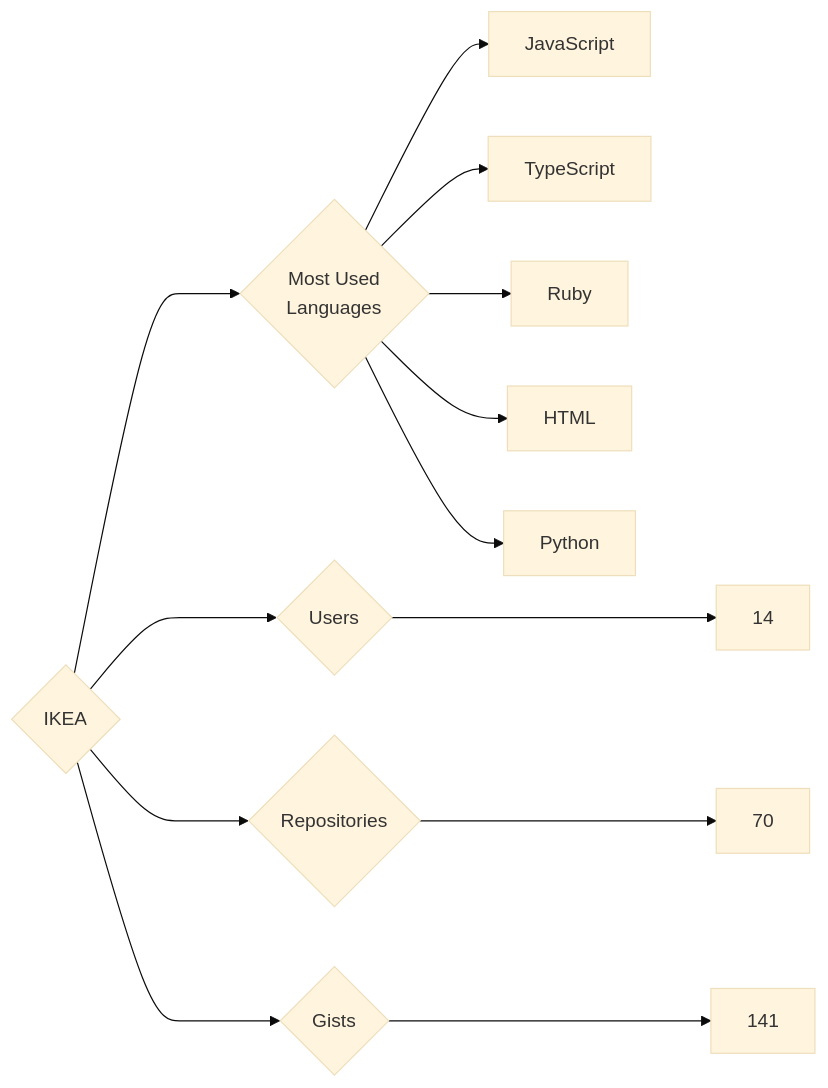
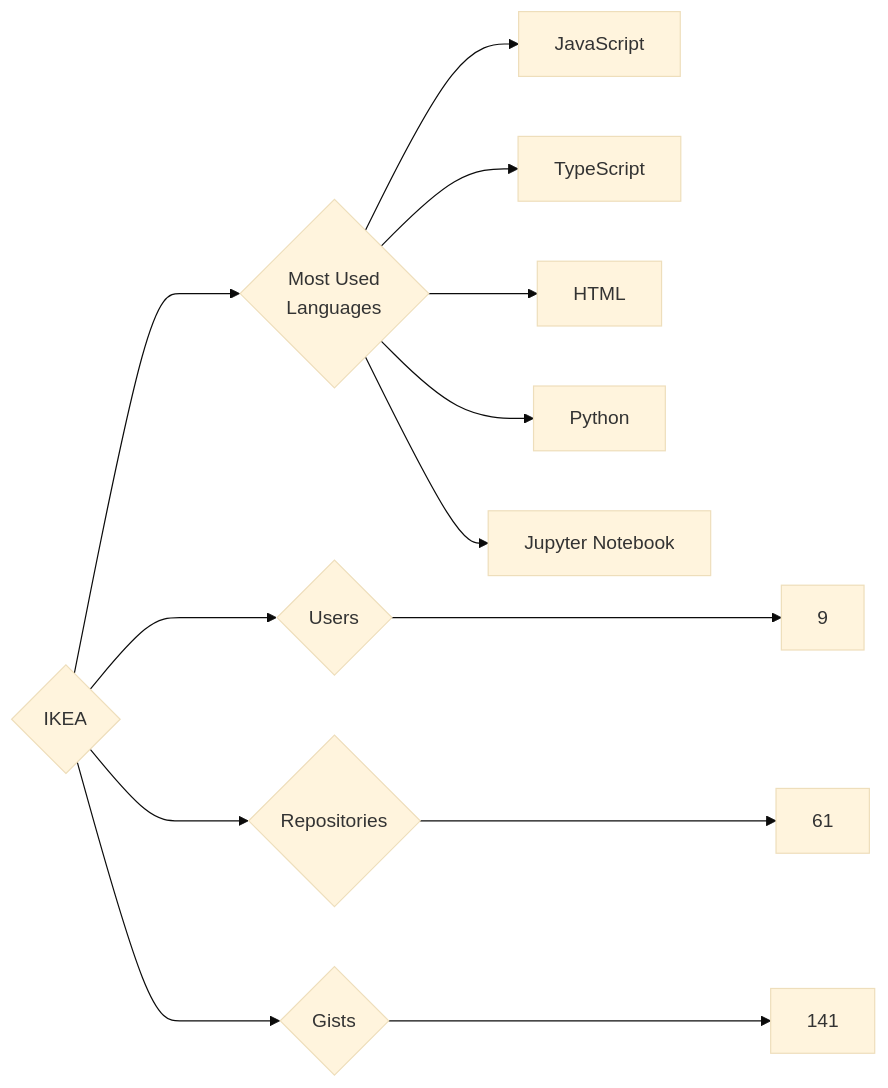
The diagram in targets/IKEA/README.md (trickest/insiders), drawn with Mermaid (base theme) before and after one commit. The commit also changed 736 other files, not shown here.

````diff
--- a/targets/IKEA/README.md
+++ b/targets/IKEA/README.md
@@ -3,13 +3,13 @@
 ```mermaid
 graph LR
 COMPANY_NAME{IKEA}
-COMPANY_NAME ---> U{Users} ---> UN[14]
-COMPANY_NAME ---> R{Repositories} ---> RN[70]
+COMPANY_NAME ---> U{Users} ---> UN[9]
+COMPANY_NAME ---> R{Repositories} ---> RN[61]
 COMPANY_NAME ---> G{Gists} ---> GN[141]
 COMPANY_NAME ---> ML{Most Used<br>Languages}
 ML --> JavaScript[JavaScript]
 ML --> TypeScript[TypeScript]
-ML --> Ruby[Ruby]
 ML --> HTML[HTML]
 ML --> Python[Python]
+ML --> Jupyter_Notebook[Jupyter Notebook]
 ```
````
